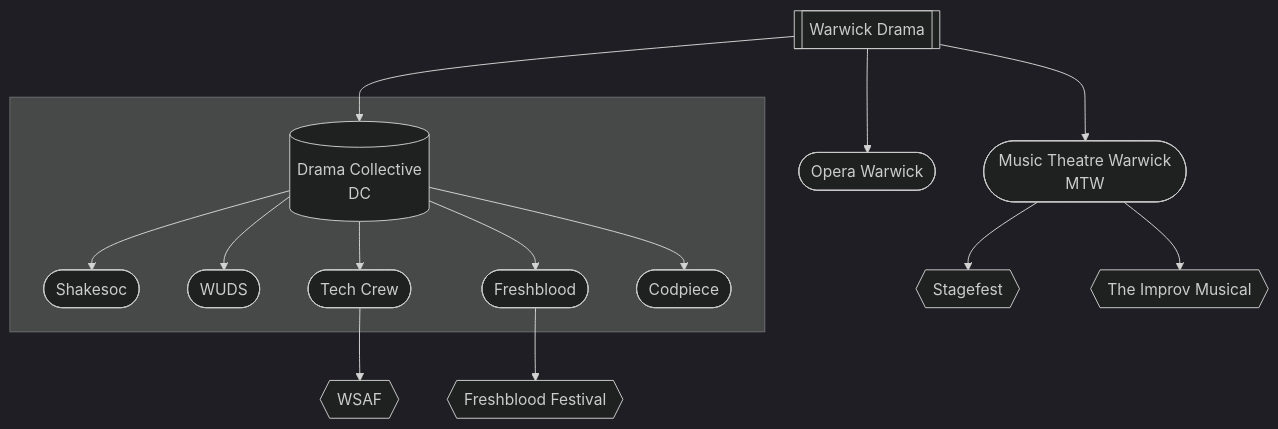
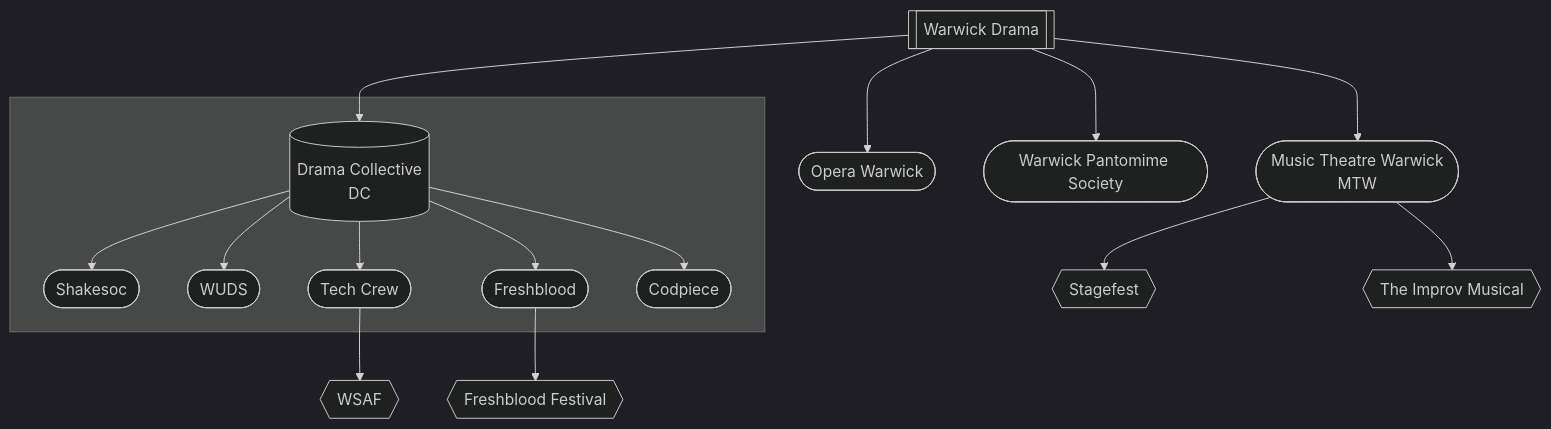
One commit to WarwickTechCrew/tc-website-wiki changed the diagram in wiki/02-warwick-drama/index.md. Above: the diagram before and after it, drawn with Mermaid (dark theme). The commit also changed other lines of this file and 5 other files, not shown here.

````diff
--- a/wiki/02-warwick-drama/index.md
+++ b/wiki/02-warwick-drama/index.md
@@ -10,18 +10,19 @@
 ```mermaid
 flowchart TD
     WD[[Warwick Drama]]
     WD --> MTW([Music Theatre Warwick\nMTW])
     WD --> Opera([Opera Warwick])
     WD --> DC[(Drama Collective\nDC)]
+    WD --> Panto([Warwick Pantomime Society])
     subgraph \n
         DC --> SS([Shakesoc])
         DC --> WUDS([WUDS])
         DC --> TC([Tech Crew])
         DC --> FB([Freshblood])
         DC --> CP([Codpiece])
     end
     TC --> WSAF{{WSAF}}
     MTW --> SF{{Stagefest}}
     MTW --> IM{{The Improv Musical}}
     FB --> FF{{Freshblood Festival}}
 ```
````
